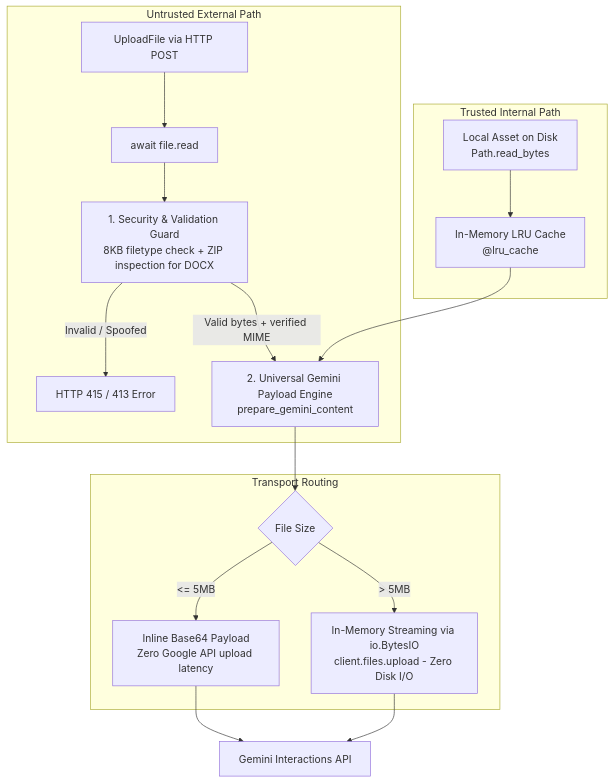
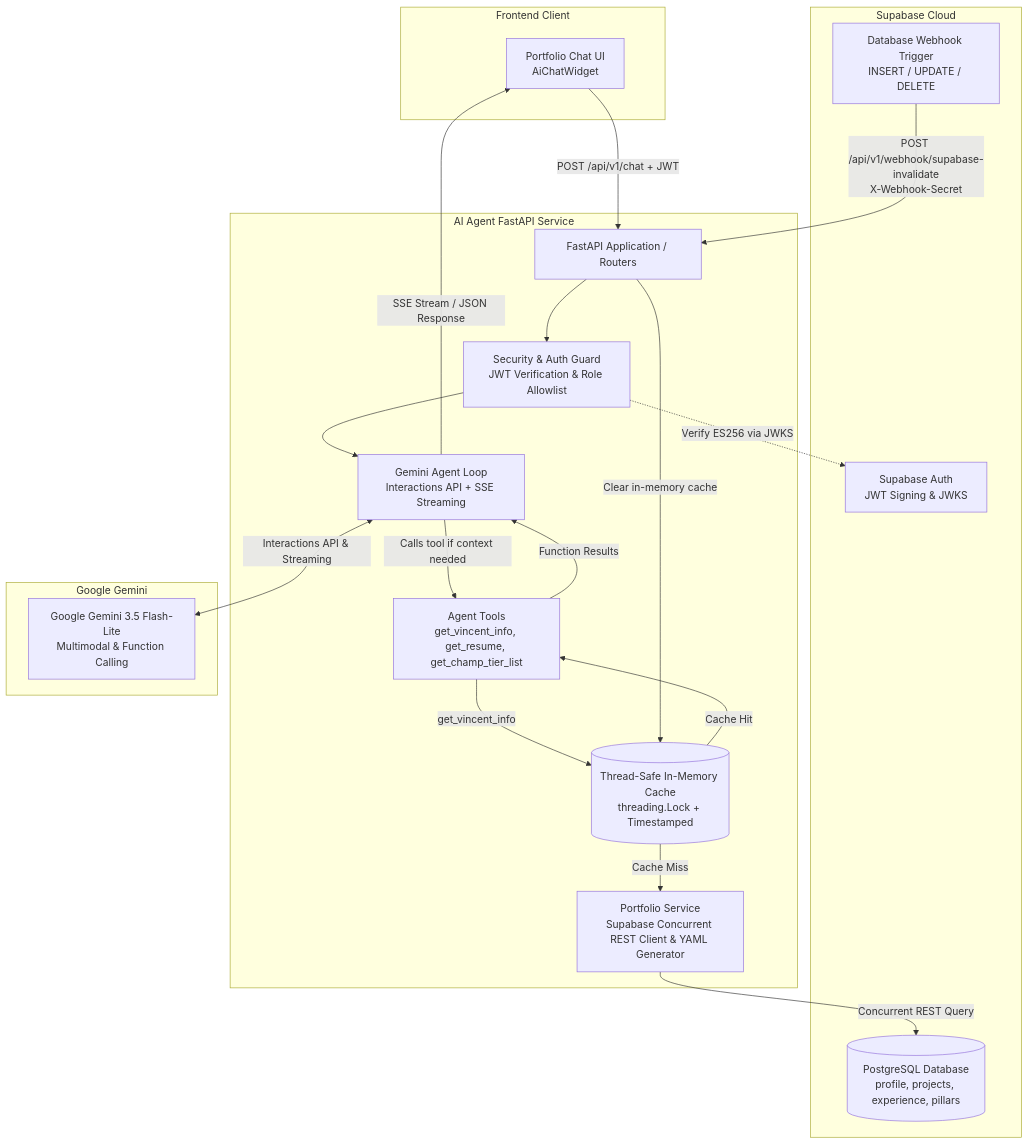
Before and after one commit to VincentYuann/AI-Agent: the diagram in README.md, drawn with Mermaid. The commit also changed other lines of this file and 10 other files, not shown here.

First line of the commit message:
feat(portfolio): live Supabase knowledge tool with concurrent PostgREST projection, in-memory cache, and webhook invalidation

````diff
--- a/README.md
+++ b/README.md
@@ -37,23 +9,43 @@
 ```mermaid
 flowchart TD
-    subgraph Untrusted External Path
-        Upload[UploadFile via HTTP POST] --> ReadBytes[await file.read]
-        ReadBytes --> Val[1. Security & Validation Guard\n8KB filetype check + ZIP inspection for DOCX]
-        Val -->|Invalid / Spoofed| Err[HTTP 415 / 413 Error]
-        Val -->|Valid bytes + verified MIME| Prepare[2. Universal Gemini Payload Engine\nprepare_gemini_content]
+    subgraph Frontend Client
+        ChatUI[Portfolio Chat UI\nAiChatWidget]
     end
 
-    subgraph Trusted Internal Path
-        Local[Local Asset on Disk\nPath.read_bytes] --> Cache[In-Memory LRU Cache\n@lru_cache]
-        Cache --> Prepare
+    subgraph Supabase Cloud
+        SupaDB[(PostgreSQL Database\nprofile, projects, experience, pillars)]
+        SupaAuth[Supabase Auth\nJWT Signing & JWKS]
+        SupaWebhook[Database Webhook Trigger\nINSERT / UPDATE / DELETE]
     end
 
-    subgraph Transport Routing
-        Prepare --> SizeCheck{File Size}
-        SizeCheck -->|<= 5MB| Inline[Inline Base64 Payload\nZero Google API upload latency]
-        SizeCheck -->|> 5MB| Stream[In-Memory Streaming via io.BytesIO\nclient.files.upload - Zero Disk I/O]
+    subgraph AI Agent FastAPI Service
+        Router[FastAPI Application / Routers]
+        SecGuard[Security & Auth Guard\nJWT Verification & Role Allowlist]
+        Cache[(Thread-Safe In-Memory Cache\nthreading.Lock + Timestamped)]
+        PortService[Portfolio Service\nSupabase Concurrent REST Client & YAML Generator]
+        Tools[Agent Tools\nget_vincent_info, get_resume, get_champ_tier_list]
+        AgentEngine[Gemini Agent Loop\nInteractions API + SSE Streaming]
     end
 
-    Inline --> Gemini[Gemini Interactions API]
-    Stream --> Gemini
+    subgraph Google Gemini
+        Gemini[Google Gemini 3.5 Flash-Lite\nMultimodal & Function Calling]
+    end
+
+    ChatUI -->|POST /api/v1/chat + JWT| Router
+    Router --> SecGuard
+    SecGuard -.->|Verify ES256 via JWKS| SupaAuth
+    SecGuard --> AgentEngine
+
+    AgentEngine -->|Calls tool if context needed| Tools
+    Tools -->|get_vincent_info| Cache
+    Cache -->|Cache Miss| PortService
+    PortService -->|Concurrent REST Query| SupaDB
+    Cache -->|Cache Hit| Tools
+
+    Tools -->|Function Results| AgentEngine
+    AgentEngine <-->|Interactions API & Streaming| Gemini
+    AgentEngine -->|SSE Stream / JSON Response| ChatUI
+
+    SupaWebhook -->|POST /api/v1/webhook/supabase-invalidate\nX-Webhook-Secret| Router
+    Router -->|Clear in-memory cache| Cache
 ```
````
